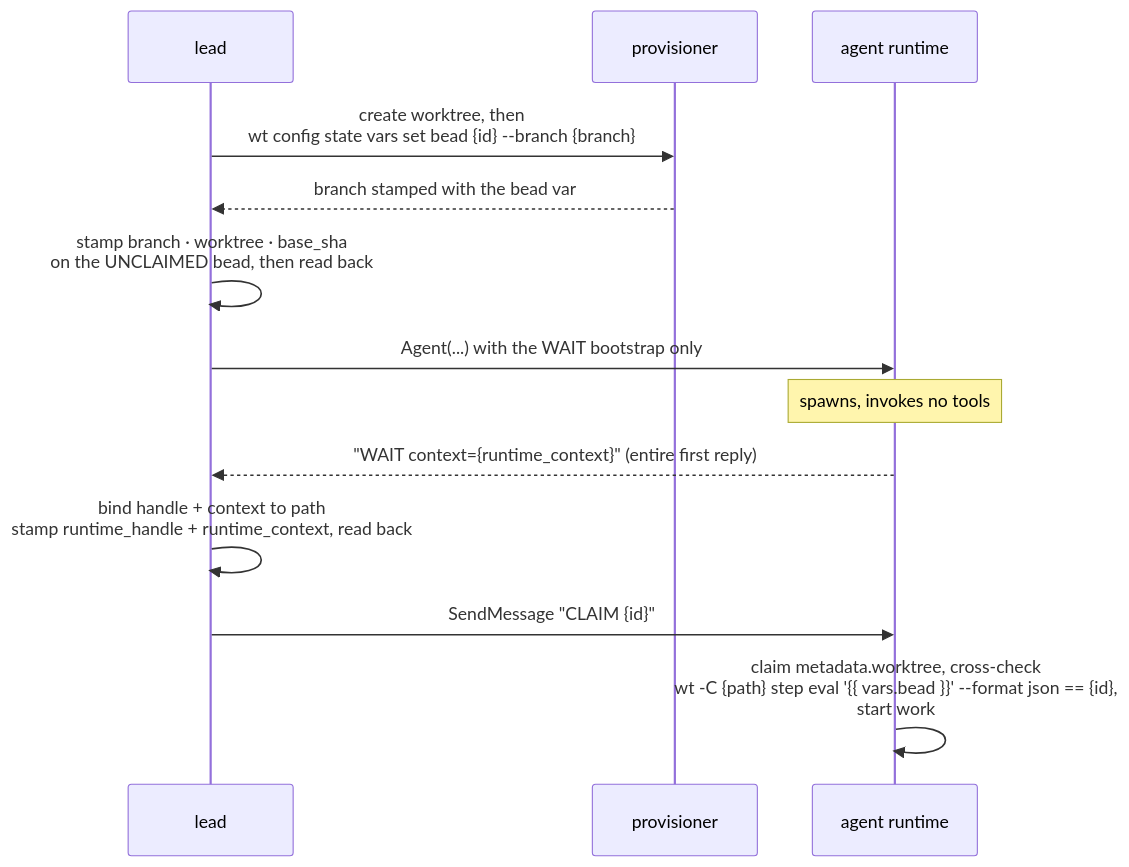
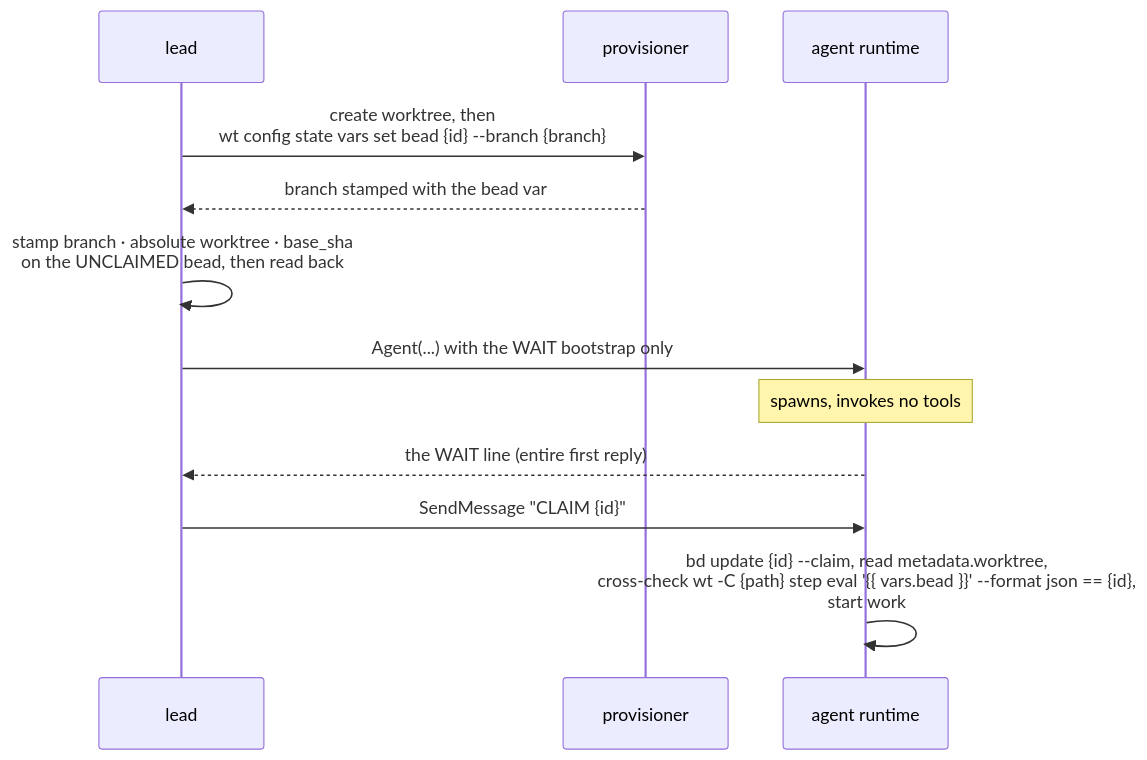
The fourth of 6 diagrams in docs/orchestrate.md (srobroek/agentic-packages), drawn with Mermaid before and after one commit. The commit also changed other lines of this file and 10 other files, not shown here.

````diff
--- a/docs/orchestrate.md
+++ b/docs/orchestrate.md
@@ -149,15 +149,14 @@
 ```mermaid
 sequenceDiagram
     participant L as lead
     participant P as provisioner
     participant A as agent runtime
     L->>P: create worktree, then<br/>wt config state vars set bead {id} --branch {branch}
     P-->>L: branch stamped with the bead var
-    L->>L: stamp branch · worktree · base_sha<br/>on the UNCLAIMED bead, then read back
+    L->>L: stamp branch · absolute worktree · base_sha<br/>on the UNCLAIMED bead, then read back
     L->>A: Agent(...) with the WAIT bootstrap only
     Note over A: spawns, invokes no tools
-    A-->>L: "WAIT context={runtime_context}" (entire first reply)
-    L->>L: bind handle + context to path<br/>stamp runtime_handle + runtime_context, read back
+    A-->>L: the WAIT line (entire first reply)
     L->>A: SendMessage "CLAIM {id}"
-    A->>A: claim metadata.worktree, cross-check<br/>wt -C {path} step eval '{{ vars.bead }}' --format json == {id},<br/>start work
+    A->>A: bd update {id} --claim, read metadata.worktree,<br/>cross-check wt -C {path} step eval '{{ vars.bead }}' --format json == {id},<br/>start work
 ```
````
